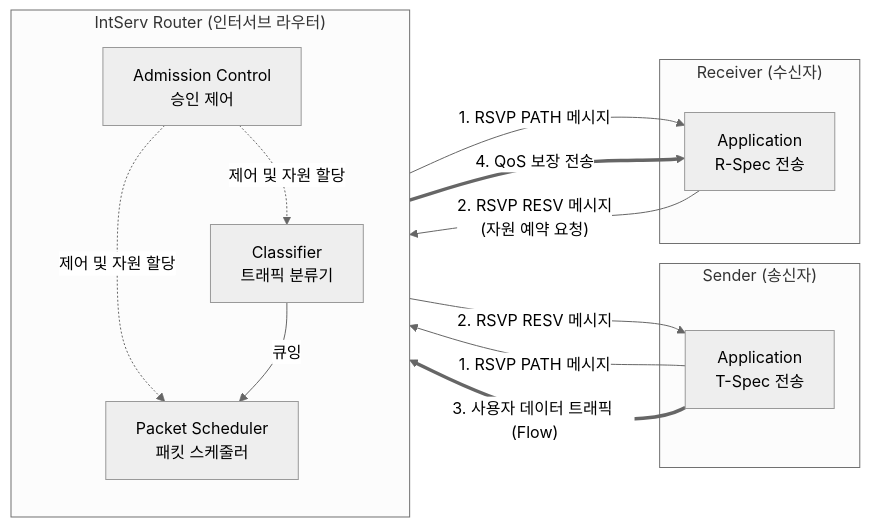
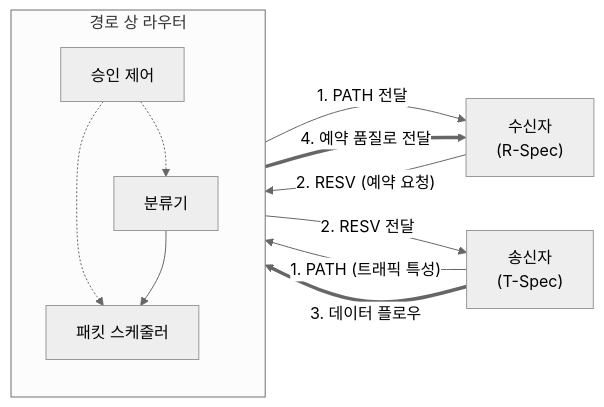
One commit to supremethumb/supremethumb.github.io changed the diagram in content/01_IT Tech/IntServ (Integrated Services).md. Above: the diagram before and after it, drawn with Mermaid (neutral theme). The commit also changed other lines of this file and 1087 other files, not shown here.

````diff
--- a/content/01_IT Tech/IntServ (Integrated Services).md
+++ b/content/01_IT Tech/IntServ (Integrated Services).md
@@ -33,31 +36,17 @@
 ```mermaid
 flowchart LR
-    subgraph "Sender (송신자)"
-        S_APP[Application<br/>T-Spec 전송]
+    S["송신자<br/>(T-Spec)"]
+    subgraph RT["경로 상 라우터"]
+        direction TB
+        AC["승인 제어"] -.-> CL["분류기"]
+        AC -.-> SC["패킷 스케줄러"]
+        CL --> SC
     end
-    
-    subgraph "IntServ Router (인터서브 라우터)"
-        direction TB
-        AC[Admission Control<br/>승인 제어]
-        C[Classifier<br/>트래픽 분류기]
-        Sch[Packet Scheduler<br/>패킷 스케줄러]
-        
-        AC -. "제어 및 자원 할당" .-> C
-        AC -. "제어 및 자원 할당" .-> Sch
-        C -->|큐잉| Sch
-    end
-    
-    subgraph "Receiver (수신자)"
-        R_APP[Application<br/>R-Spec 전송]
-    end
-
-    S_APP -- "1. RSVP PATH 메시지" --> AC
-    AC -- "1. RSVP PATH 메시지" --> R_APP
-    
-    R_APP -- "2. RSVP RESV 메시지<br/>(자원 예약 요청)" --> AC
-    AC -- "2. RSVP RESV 메시지" --> S_APP
-    
-    S_APP == "3. 사용자 데이터 트래픽 (Flow)" ==> C
-    Sch == "4. QoS 보장 전송" ==> R_APP
-
+    R["수신자<br/>(R-Spec)"]
+    S -- "1. PATH (트래픽 특성)" --> AC
+    AC -- "1. PATH 전달" --> R
+    R -- "2. RESV (예약 요청)" --> AC
+    AC -- "2. RESV 전달" --> S
+    S == "3. 데이터 플로우" ==> CL
+    SC == "4. 예약 품질로 전달" ==> R
 ```
````
